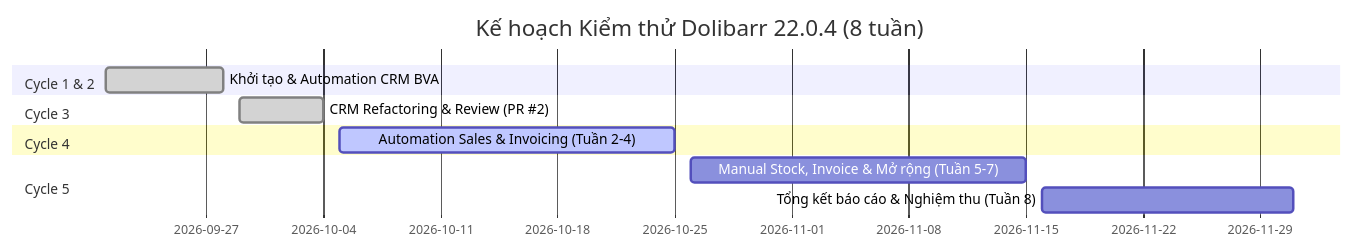
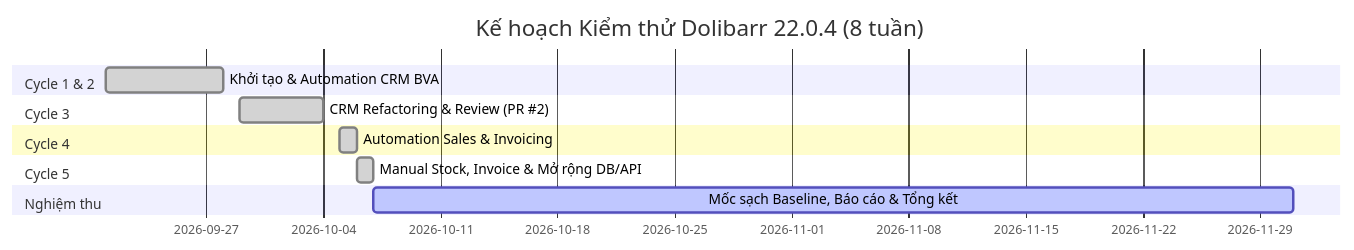
One commit to phidanghai-spec/Dolibarr_ERP_Testing changed the diagram in docs/TestPlan.md. Above: the diagram before and after it, drawn with Mermaid. The commit also changed other lines of this file and 30 other files, not shown here.

````diff
--- a/docs/TestPlan.md
+++ b/docs/TestPlan.md
@@ -124,14 +142,15 @@
 ```mermaid
 gantt
     title Kế hoạch Kiểm thử Dolibarr 22.0.4 (8 tuần)
     dateFormat  YYYY-MM-DD
     section Cycle 1 & 2
     Khởi tạo & Automation CRM BVA         :done, 2026-09-21, 2026-09-28
     section Cycle 3
     CRM Refactoring & Review (PR #2)     :done, 2026-09-29, 2026-10-04
     section Cycle 4
-    Automation Sales & Invoicing (Tuần 2-4):active, 2026-10-05, 2026-10-25
+    Automation Sales & Invoicing         :done, 2026-10-05, 2026-10-06
     section Cycle 5
-    Manual Stock, Invoice & Mở rộng (Tuần 5-7): 2026-10-26, 2026-11-15
-    Tổng kết báo cáo & Nghiệm thu (Tuần 8): 2026-11-16, 2026-12-01
+    Manual Stock, Invoice & Mở rộng DB/API:done, 2026-10-06, 2026-10-07
+    section Nghiệm thu
+    Mốc sạch Baseline, Báo cáo & Tổng kết :active, 2026-10-07, 2026-12-01
 ```
````
